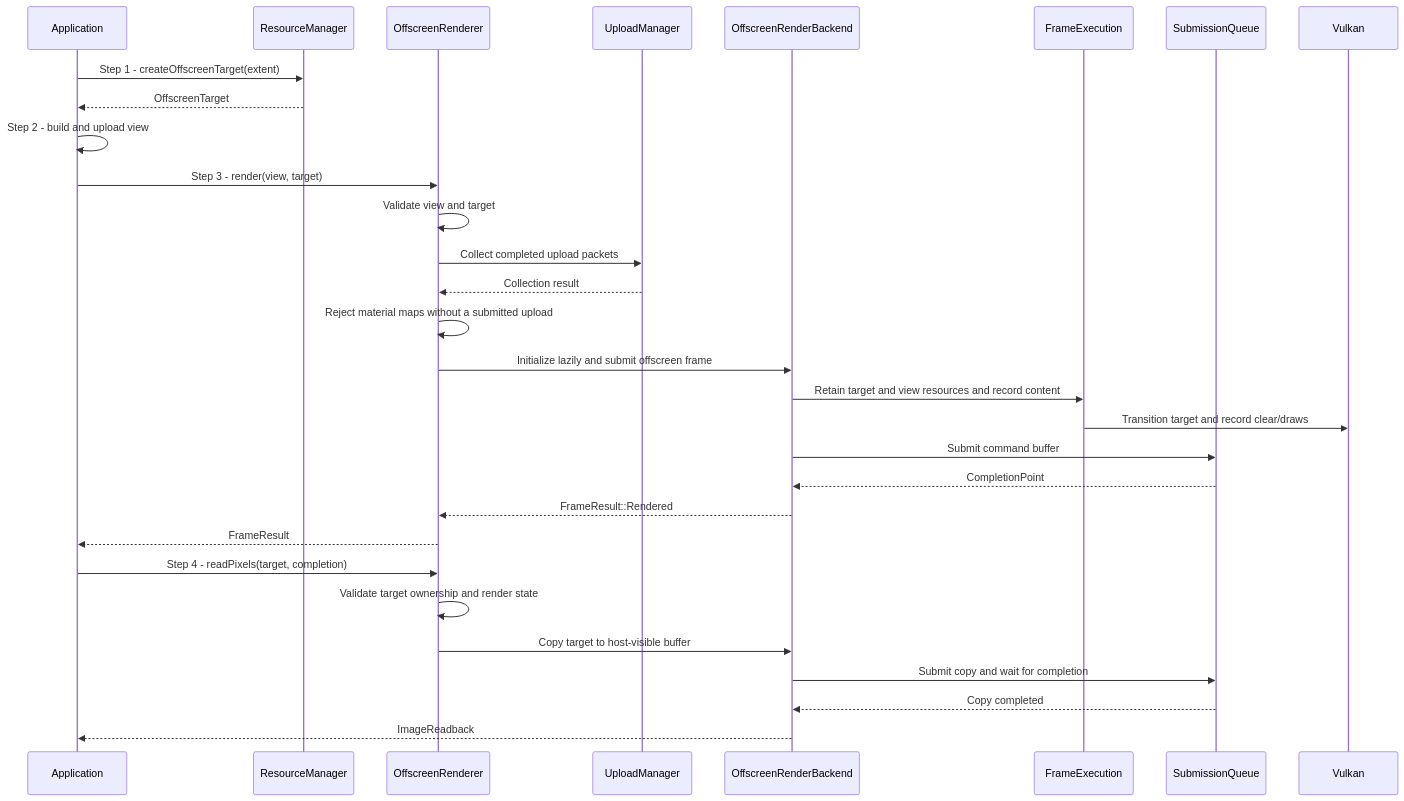
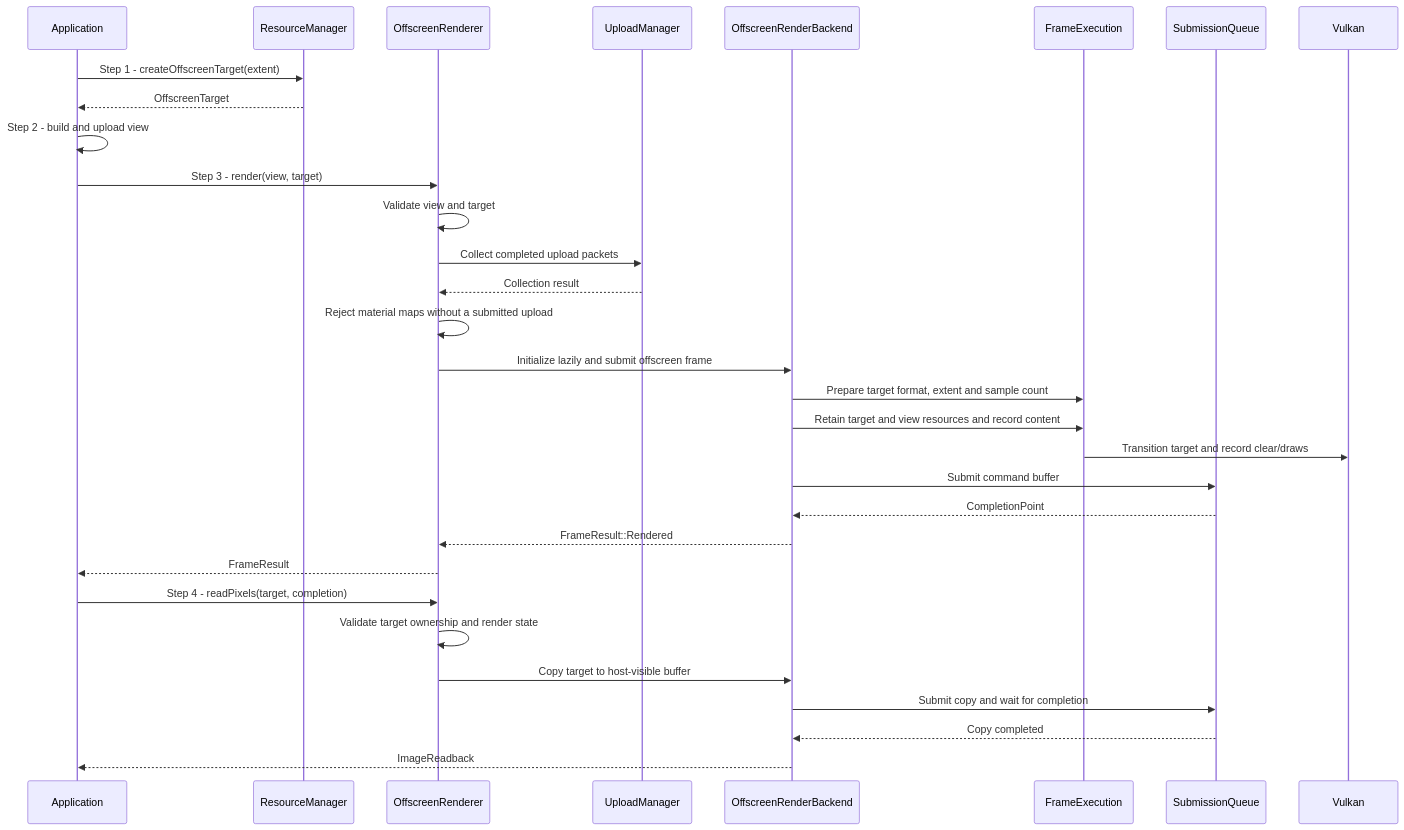
One commit to a-soltysik/Panda changed the diagram in docs/use-cases/render-offscreen-view.md. Above: the diagram before and after it, drawn with Mermaid. The commit also changed other lines of this file and 56 other files, not shown here.

Commit message:
Add runtime graphics settings (#136)

````diff
--- a/docs/use-cases/render-offscreen-view.md
+++ b/docs/use-cases/render-offscreen-view.md
@@ -37,32 +38,33 @@
 ```mermaid
 sequenceDiagram
     participant A as Application
     participant M as ResourceManager
     participant R as OffscreenRenderer
     participant U as UploadManager
     participant O as OffscreenRenderBackend
     participant E as FrameExecution
     participant Q as SubmissionQueue
     participant V as Vulkan
     A->>M: Step 1 - createOffscreenTarget(extent)
     M-->>A: OffscreenTarget
     A->>A: Step 2 - build and upload view
     A->>R: Step 3 - render(view, target)
     R->>R: Validate view and target
     R->>U: Collect completed upload packets
     U-->>R: Collection result
     R->>R: Reject material maps without a submitted upload
     R->>O: Initialize lazily and submit offscreen frame
+    O->>E: Prepare target format, extent and sample count
     O->>E: Retain target and view resources and record content
     E->>V: Transition target and record clear/draws
     O->>Q: Submit command buffer
     Q-->>O: CompletionPoint
     O-->>R: FrameResult::Rendered
     R-->>A: FrameResult
     A->>R: Step 4 - readPixels(target, completion)
     R->>R: Validate target ownership and render state
     R->>O: Copy target to host-visible buffer
     O->>Q: Submit copy and wait for completion
     Q-->>O: Copy completed
     O-->>A: ImageReadback
 ```
````
